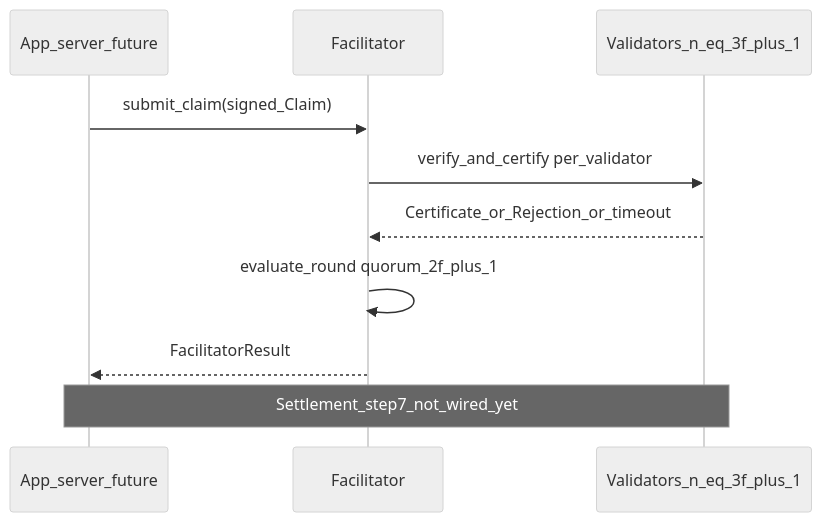
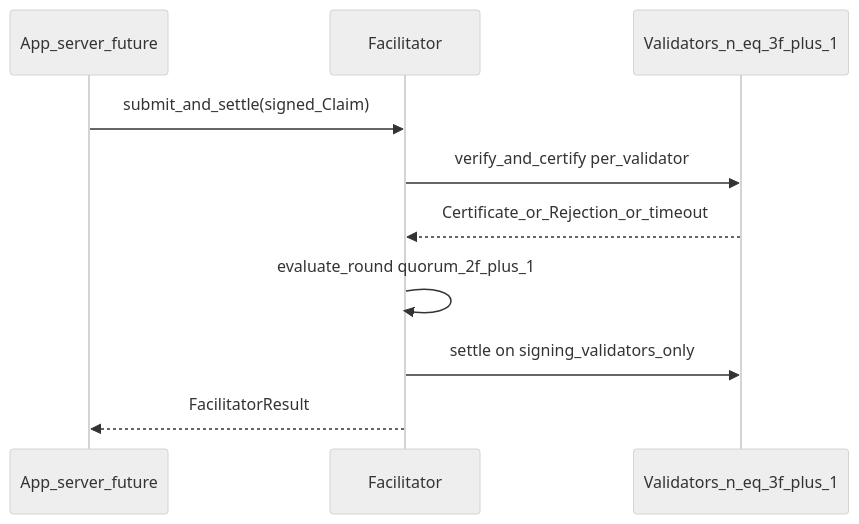
Before and after one commit to kushal238/agentic-settlement: the diagram in docs/fastset-step-mapping.md, drawn with Mermaid (neutral theme). The commit also changed other lines of this file and 2 other files, not shown here.

````diff
--- a/docs/fastset-step-mapping.md
+++ b/docs/fastset-step-mapping.md
@@ -23,13 +23,13 @@
 ```mermaid
 sequenceDiagram
   participant App as App_server_future
   participant Fac as Facilitator
   participant V as Validators_n_eq_3f_plus_1
 
-  App->>Fac: submit_claim(signed_Claim)
+  App->>Fac: submit_and_settle(signed_Claim)
   Fac->>V: verify_and_certify per_validator
   V-->>Fac: Certificate_or_Rejection_or_timeout
   Fac->>Fac: evaluate_round quorum_2f_plus_1
+  Fac->>V: settle on signing_validators_only
   Fac-->>App: FacilitatorResult
-  Note over App,V: Settlement_step7_not_wired_yet
 ```
````
